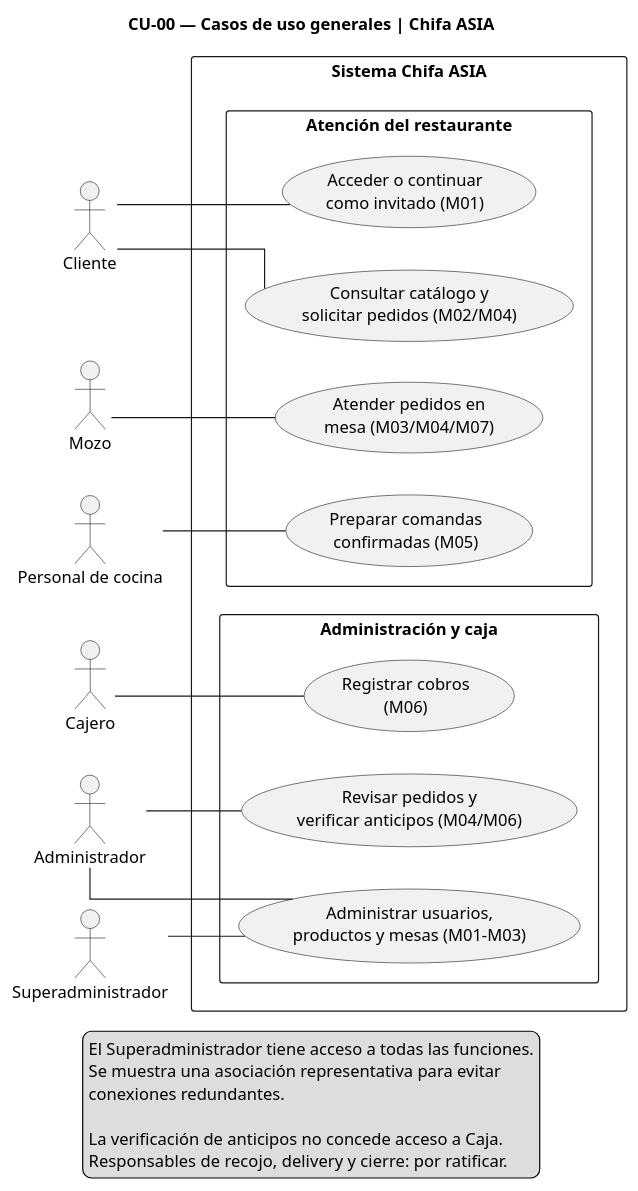
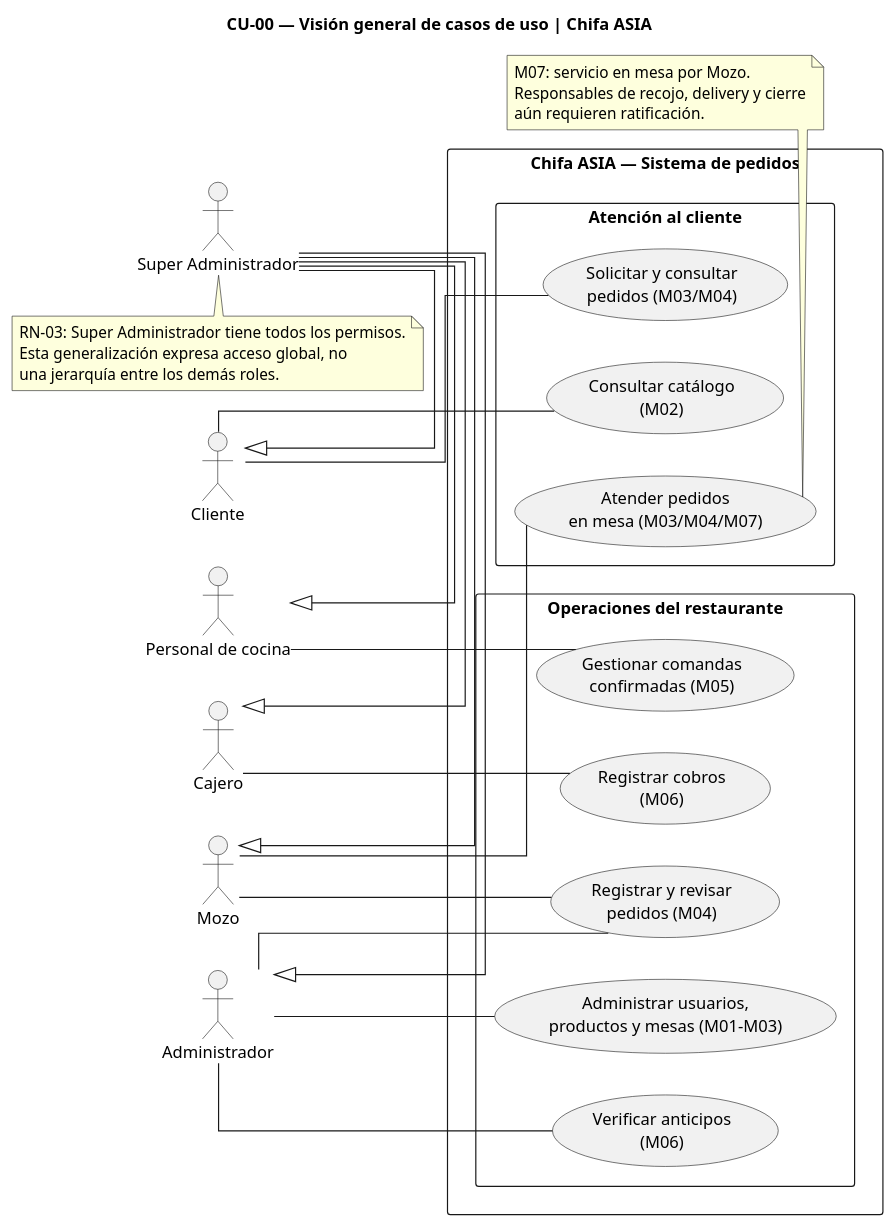
One commit to HeizenGP/restaurant-app-frontend-v2 changed the diagram in docs/etapas/diagramas/etapa-04/etapa-04-cu-general.puml. Above: the diagram before and after it, drawn with PlantUML. The commit also changed other lines of this file, not shown here.

Commit message:
docs(etapa-04): refine UML use cases etapa-04-cu-general

```diff
--- a/docs/etapas/diagramas/etapa-04/etapa-04-cu-general.puml
+++ b/docs/etapas/diagramas/etapa-04/etapa-04-cu-general.puml
@@ -2,54 +1,54 @@
 @startuml
-title CU-00 — Casos de uso generales | Chifa ASIA
-
+title CU-00 — Visión general de casos de uso | Chifa ASIA
 left to right direction
 skinparam shadowing false
 skinparam linetype ortho
 skinparam packageStyle rectangle
 
-actor Cliente as C
-actor Mozo as M
+actor "Cliente" as C
+actor "Mozo" as M
 actor "Personal de cocina" as K
-actor Cajero as J
-actor Administrador as A
-actor "Superadministrador" as S
+actor "Cajero" as J
+actor "Administrador" as A
+actor "Super Administrador" as S
 
-rectangle "Sistema Chifa ASIA" {
-
-  package "Atención del restaurante" {
-    usecase "Acceder o continuar\ncomo invitado (M01)" as UC1
-    usecase "Consultar catálogo y\nsolicitar pedidos (M02/M04)" as UC2
-    usecase "Atender pedidos en\nmesa (M03/M04/M07)" as UC3
-    usecase "Preparar comandas\nconfirmadas (M05)" as UC4
+rectangle "Chifa ASIA — Sistema de pedidos" {
+  package "Atención al cliente" {
+    usecase "Consultar catálogo\n(M02)" as U1
+    usecase "Solicitar y consultar\npedidos (M03/M04)" as U2
+    usecase "Atender pedidos\nen mesa (M03/M04/M07)" as U3
   }
-
-  package "Administración y caja" {
-    usecase "Administrar usuarios,\nproductos y mesas (M01-M03)" as UC5
-    usecase "Revisar pedidos y\nverificar anticipos (M04/M06)" as UC6
-    usecase "Registrar cobros\n(M06)" as UC7
+  package "Operaciones del restaurante" {
+    usecase "Gestionar comandas\nconfirmadas (M05)" as U4
+    usecase "Registrar cobros\n(M06)" as U5
+    usecase "Administrar usuarios,\nproductos y mesas (M01-M03)" as U6
+    usecase "Registrar y revisar\npedidos (M04)" as U7
+    usecase "Verificar anticipos\n(M06)" as U8
   }
 }
+C -- U1
+C -- U2
+M -- U3
+M -- U7
+K -- U4
+J -- U5
+A -- U6
+A -- U7
+A -- U8
 
-C -- UC1
-C -- UC2
-
-M -- UC3
-K -- UC4
-
-A -- UC5
-A -- UC6
-
-J -- UC7
-
-S -- UC5
-
-legend bottom
-  El Superadministrador tiene acceso a todas las funciones.
-  Se muestra una asociación representativa para evitar
-  conexiones redundantes.
-
-  La verificación de anticipos no concede acceso a Caja.
-  Responsables de recojo, delivery y cierre: por ratificar.
-endlegend
-
+S -|> A
+S -|> M
+S -|> J
+S -|> K
+S -|> C
+note bottom of S
+  RN-03: Super Administrador tiene todos los permisos.
+  Esta generalización expresa acceso global, no
+  una jerarquía entre los demás roles.
+end note
+note bottom of U3
+  M07: servicio en mesa por Mozo.
+  Responsables de recojo, delivery y cierre
+  aún requieren ratificación.
+end note
 @enduml
```
